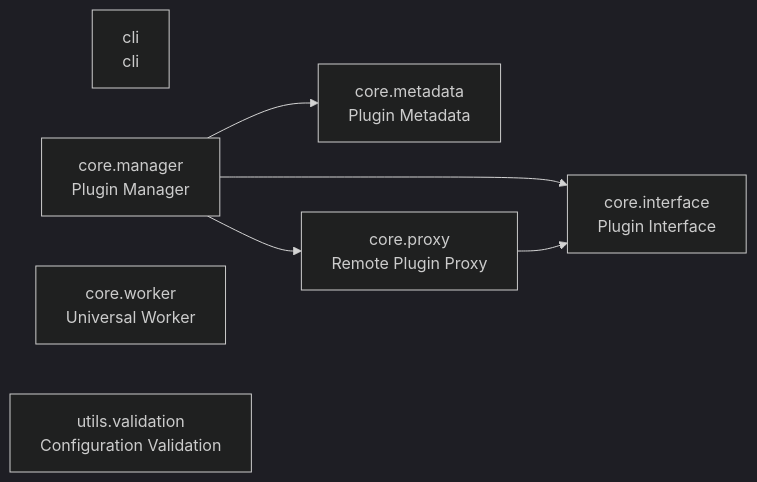
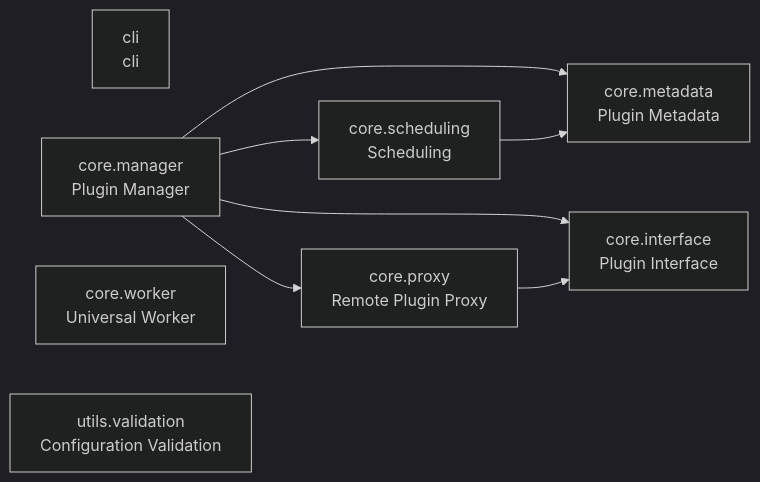
Before and after one commit to cj-mills/cjm-plugin-system: the diagram in README.md, drawn with Mermaid (dark theme). The commit also changed other lines of this file and 6 other files, not shown here.

````diff
--- a/README.md
+++ b/README.md
@@ -29,15 +30,18 @@
 ``` mermaid
 graph LR
     cli[cli<br/>cli]
     core_interface[core.interface<br/>Plugin Interface]
     core_manager[core.manager<br/>Plugin Manager]
     core_metadata[core.metadata<br/>Plugin Metadata]
     core_proxy[core.proxy<br/>Remote Plugin Proxy]
+    core_scheduling[core.scheduling<br/>Scheduling]
     core_worker[core.worker<br/>Universal Worker]
     utils_validation[utils.validation<br/>Configuration Validation]
 
+    core_manager --> core_scheduling
     core_manager --> core_metadata
+    core_manager --> core_proxy
     core_manager --> core_interface
-    core_manager --> core_proxy
     core_proxy --> core_interface
+    core_scheduling --> core_metadata
 ```
````
